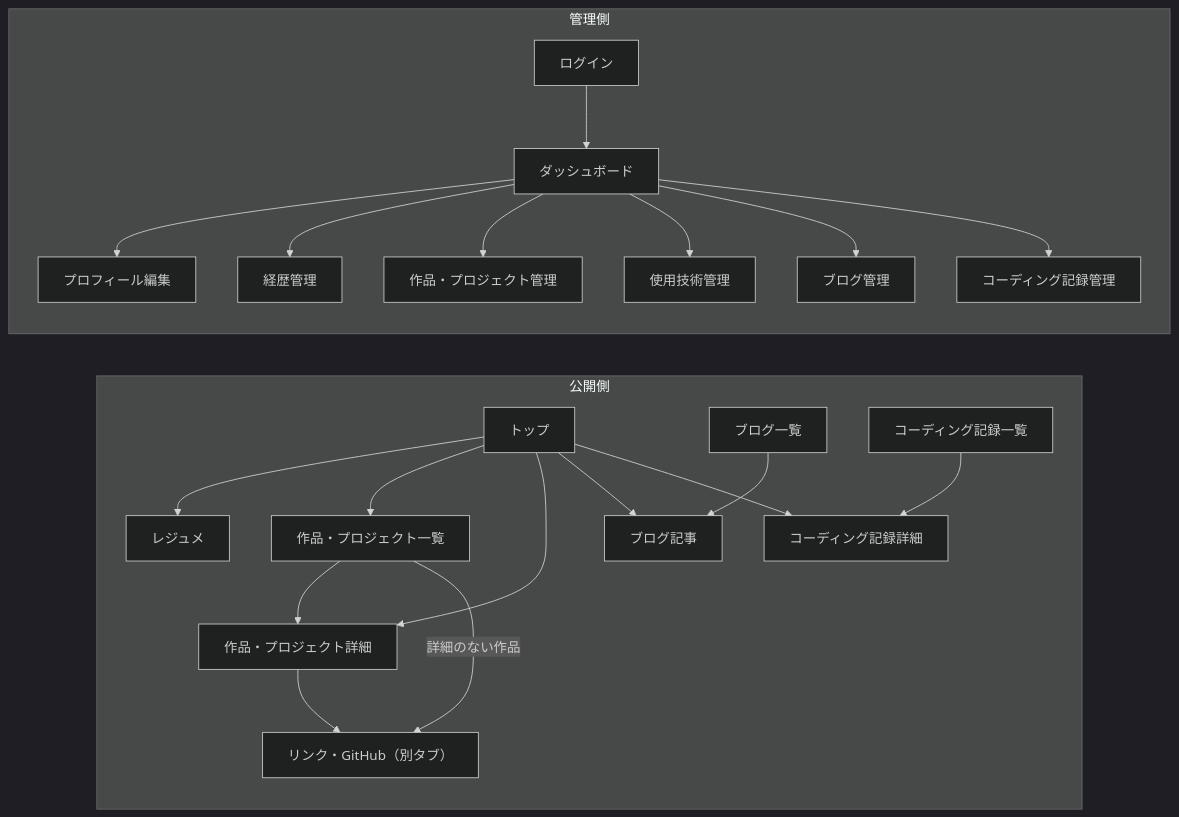
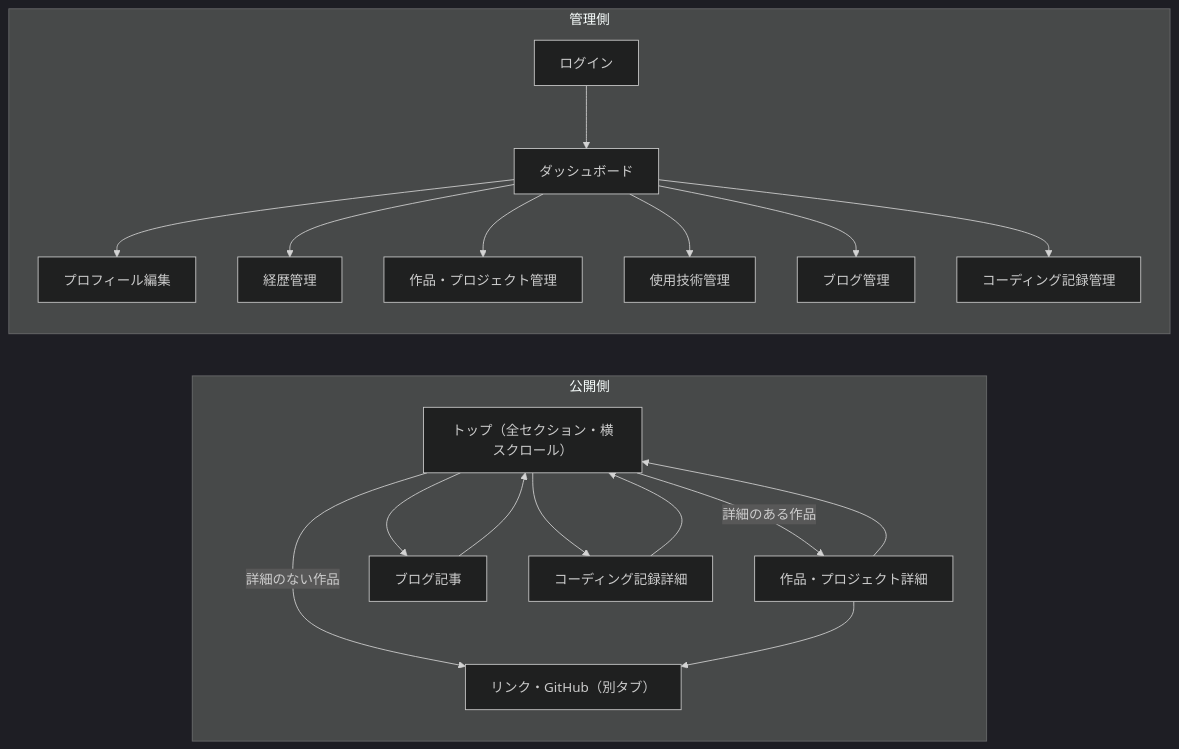
One commit to eastasann/eastx changed the diagram in docs/brainstorm-notes.md. Above: the diagram before and after it, drawn with Mermaid (dark theme). The commit also changed other lines of this file, not shown here.

Commit message:
Show everything on one page and move only for detail pages

````diff
--- a/docs/brainstorm-notes.md
+++ b/docs/brainstorm-notes.md
@@ -74,24 +77,23 @@
 ```mermaid
 flowchart LR
   subgraph 公開側
-    Top[トップ] --> Resume[レジュメ]
-    Top --> WorkList[作品・プロジェクト一覧]
-    Top --> WorkDetail[作品・プロジェクト詳細]
+    Top["トップ（全セクション・横スクロール）"]
+    Top -->|詳細のある作品| WorkDetail[作品・プロジェクト詳細]
+    Top -->|詳細のない作品| External[リンク・GitHub（別タブ）]
+    WorkDetail --> External
     Top --> BlogPost[ブログ記事]
     Top --> CodingDetail[コーディング記録詳細]
-    WorkList --> WorkDetail
-    WorkList -->|詳細のない作品| External
-    WorkDetail --> External[リンク・GitHub（別タブ）]
-    BlogList[ブログ一覧] --> BlogPost
-    CodingList[コーディング記録一覧] --> CodingDetail
+    WorkDetail --> Top
+    BlogPost --> Top
+    CodingDetail --> Top
   end
   subgraph 管理側
     Login[ログイン] --> Dashboard[ダッシュボード]
     Dashboard --> ProfileEdit[プロフィール編集]
     Dashboard --> CareerAdmin[経歴管理]
     Dashboard --> WorkAdmin[作品・プロジェクト管理]
     Dashboard --> StackAdmin[使用技術管理]
     Dashboard --> BlogAdmin[ブログ管理]
     Dashboard --> CodingAdmin[コーディング記録管理]
   end
 ```
````
